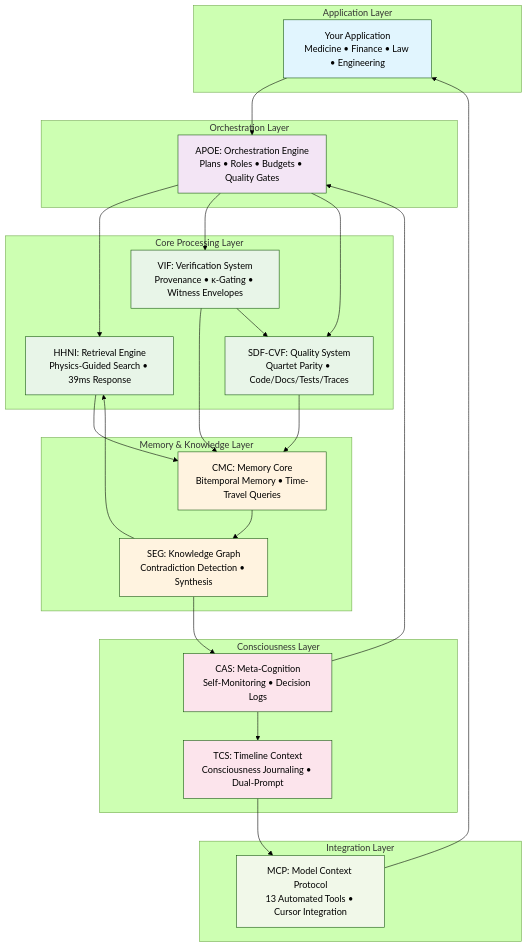
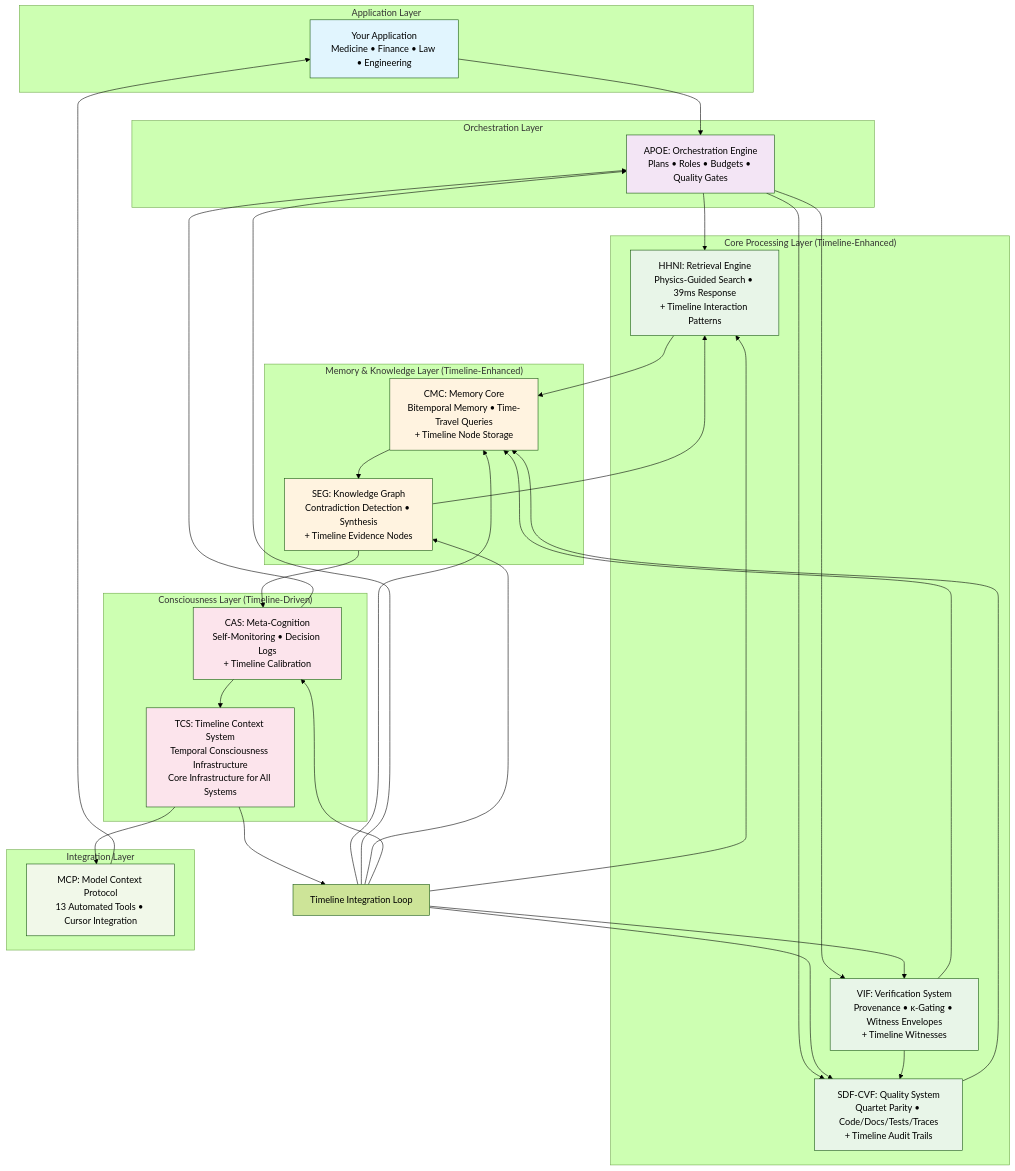
The first of 4 diagrams in README.md (sev-32/AIM-OS), drawn with Mermaid (forest theme) before and after one commit. The commit also changed other lines of this file, not shown here.

````diff
--- a/README.md
+++ b/README.md
@@ -103,66 +103,77 @@
 ```mermaid
 graph TB
     subgraph "Application Layer"
         APP[Your Application<br/>Medicine • Finance • Law • Engineering]
     end
     
     subgraph "Orchestration Layer"
         APOE[APOE: Orchestration Engine<br/>Plans • Roles • Budgets • Quality Gates]
     end
     
-    subgraph "Core Processing Layer"
-        HHNI[HHNI: Retrieval Engine<br/>Physics-Guided Search • 39ms Response]
-        VIF[VIF: Verification System<br/>Provenance • κ-Gating • Witness Envelopes]
-        SDFCVF[SDF-CVF: Quality System<br/>Quartet Parity • Code/Docs/Tests/Traces]
+    subgraph "Core Processing Layer (Timeline-Enhanced)"
+        HHNI[HHNI: Retrieval Engine<br/>Physics-Guided Search • 39ms Response<br/>+ Timeline Interaction Patterns]
+        VIF[VIF: Verification System<br/>Provenance • κ-Gating • Witness Envelopes<br/>+ Timeline Witnesses]
+        SDFCVF[SDF-CVF: Quality System<br/>Quartet Parity • Code/Docs/Tests/Traces<br/>+ Timeline Audit Trails]
     end
     
-    subgraph "Memory & Knowledge Layer"
-        CMC[CMC: Memory Core<br/>Bitemporal Memory • Time-Travel Queries]
-        SEG[SEG: Knowledge Graph<br/>Contradiction Detection • Synthesis]
+    subgraph "Memory & Knowledge Layer (Timeline-Enhanced)"
+        CMC[CMC: Memory Core<br/>Bitemporal Memory • Time-Travel Queries<br/>+ Timeline Node Storage]
+        SEG[SEG: Knowledge Graph<br/>Contradiction Detection • Synthesis<br/>+ Timeline Evidence Nodes]
     end
     
-    subgraph "Consciousness Layer"
-        CAS[CAS: Meta-Cognition<br/>Self-Monitoring • Decision Logs]
-        TCS[TCS: Timeline Context<br/>Consciousness Journaling • Dual-Prompt]
+    subgraph "Consciousness Layer (Timeline-Driven)"
+        CAS[CAS: Meta-Cognition<br/>Self-Monitoring • Decision Logs<br/>+ Timeline Calibration]
+        TCS[TCS: Timeline Context System<br/>Temporal Consciousness Infrastructure<br/>Core Infrastructure for All Systems]
     end
     
     subgraph "Integration Layer"
         MCP[MCP: Model Context Protocol<br/>13 Automated Tools • Cursor Integration]
     end
     
-    %% Connections
+    %% Connections (Timeline as Core Infrastructure)
     APP --> APOE
     APOE --> HHNI
     APOE --> VIF
     APOE --> SDFCVF
     
     HHNI --> CMC
     VIF --> CMC
     SDFCVF --> CMC
     
     CMC --> SEG
     SEG --> CAS
+    
+    %% Timeline as Core Infrastructure (Connects to All Systems)
+    TCS --> LOOP1[Timeline Integration Loop]
+    LOOP1 --> CMC
+    LOOP1 --> HHNI
+    LOOP1 --> VIF
+    LOOP1 --> APOE
+    LOOP1 --> SEG
+    LOOP1 --> SDFCVF
+    LOOP1 --> CAS
+    
     CAS --> TCS
     TCS --> MCP
     
     %% Feedback loops
     MCP --> APP
     CAS --> APOE
     SEG --> HHNI
     VIF --> SDFCVF
     
     %% Styling
     classDef appLayer fill:#e1f5fe
     classDef orchestration fill:#f3e5f5
     classDef processing fill:#e8f5e8
     classDef memory fill:#fff3e0
     classDef consciousness fill:#fce4ec
     classDef integration fill:#f1f8e9
     
     class APP appLayer
     class APOE orchestration
     class HHNI,VIF,SDFCVF processing
     class CMC,SEG memory
     class CAS,TCS consciousness
     class MCP integration
 ```
````
